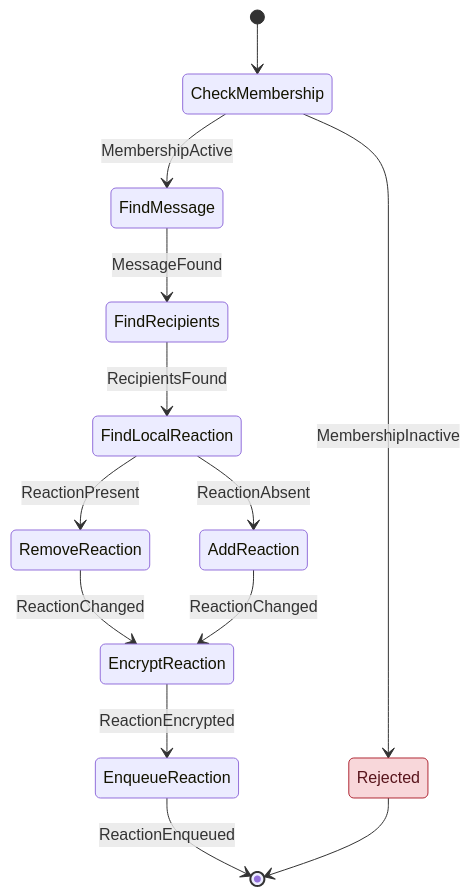
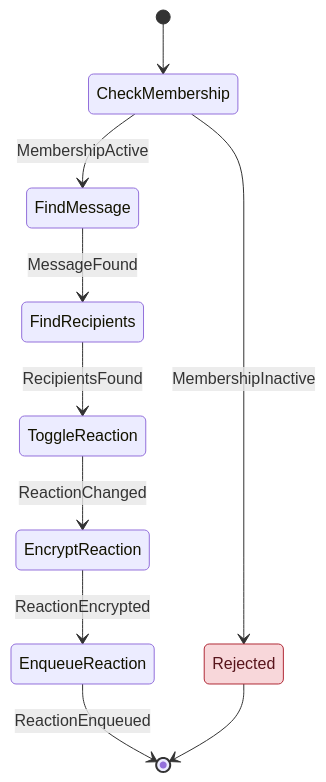
One commit to cbgm/Sparrow changed diagram 21 of 22 in docs/architecture/workflows/message.md. Above: the diagram before and after it, drawn with Mermaid. The commit also changed other lines of this file and 226 other files, not shown here.

````diff
--- a/docs/architecture/workflows/message.md
+++ b/docs/architecture/workflows/message.md
@@ -610,17 +595,14 @@
 ```mermaid
 stateDiagram-v2
     [*] --> CheckMembership
     CheckMembership --> FindMessage : MembershipActive
     CheckMembership --> Rejected : MembershipInactive
     FindMessage --> FindRecipients : MessageFound
-    FindRecipients --> FindLocalReaction : RecipientsFound
-    FindLocalReaction --> AddReaction : ReactionAbsent
-    FindLocalReaction --> RemoveReaction : ReactionPresent
-    RemoveReaction --> EncryptReaction : ReactionChanged
-    AddReaction --> EncryptReaction : ReactionChanged
+    FindRecipients --> ToggleReaction : RecipientsFound
+    ToggleReaction --> EncryptReaction : ReactionChanged
     EncryptReaction --> EnqueueReaction : ReactionEncrypted
     EnqueueReaction --> [*] : ReactionEnqueued
     Rejected --> [*]
     classDef reject fill:#f8d7da,stroke:#b02a37,color:#58151c
     class Rejected reject
 ```
````
